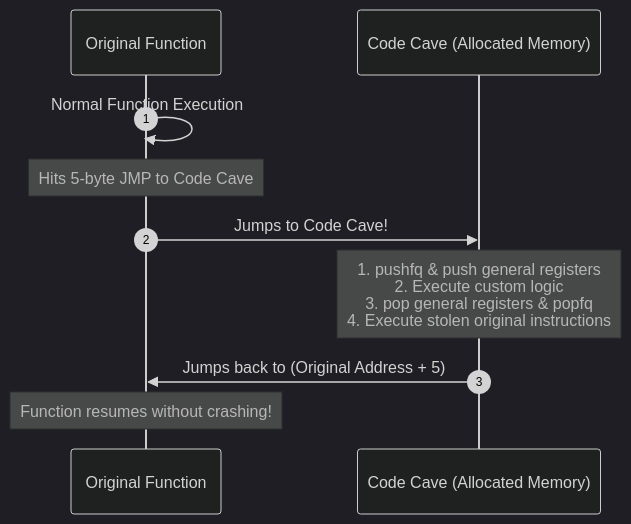
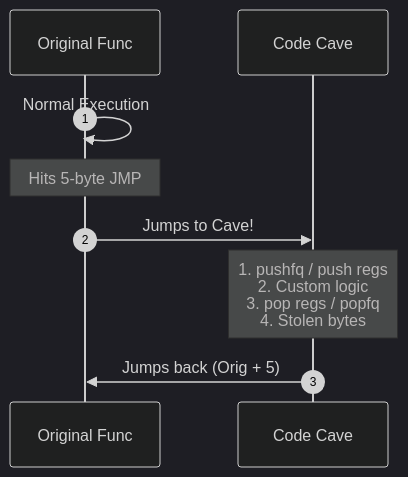
The diagram in topics/22-byte-patching-code-caves-and-inline-assembly/README.md (DaddyZyn/Cyber-security-notes), drawn with Mermaid (dark theme) before and after one commit. The commit also changed 7 other files, not shown here.

Commit message:
fix: reformat all diagrams in modules 20-27 with ultra-short line wrapping to prevent GitHub SVG text clipping

````diff
--- a/topics/22-byte-patching-code-caves-and-inline-assembly/README.md
+++ b/topics/22-byte-patching-code-caves-and-inline-assembly/README.md
@@ -60,13 +60,12 @@
 ```mermaid
 sequenceDiagram
     autonumber
-    participant Orig as Original Function
-    participant Cave as Code Cave (Allocated Memory)
+    participant Orig as Original Func
+    participant Cave as Code Cave
 
-    Orig->>Orig: Normal Function Execution
-    Note over Orig: Hits 5-byte JMP to Code Cave
-    Orig->>Cave: Jumps to Code Cave!
-    Note over Cave: 1. pushfq & push general registers<br/>2. Execute custom logic<br/>3. pop general registers & popfq<br/>4. Execute stolen original instructions
-    Cave->>Orig: Jumps back to (Original Address + 5)
-    Note over Orig: Function resumes without crashing!
+    Orig->>Orig: Normal Execution
+    Note over Orig: Hits 5-byte JMP
+    Orig->>Cave: Jumps to Cave!
+    Note over Cave: 1. pushfq / push regs<br/>2. Custom logic<br/>3. pop regs / popfq<br/>4. Stolen bytes
+    Cave->>Orig: Jumps back (Orig + 5)
 ```
````
